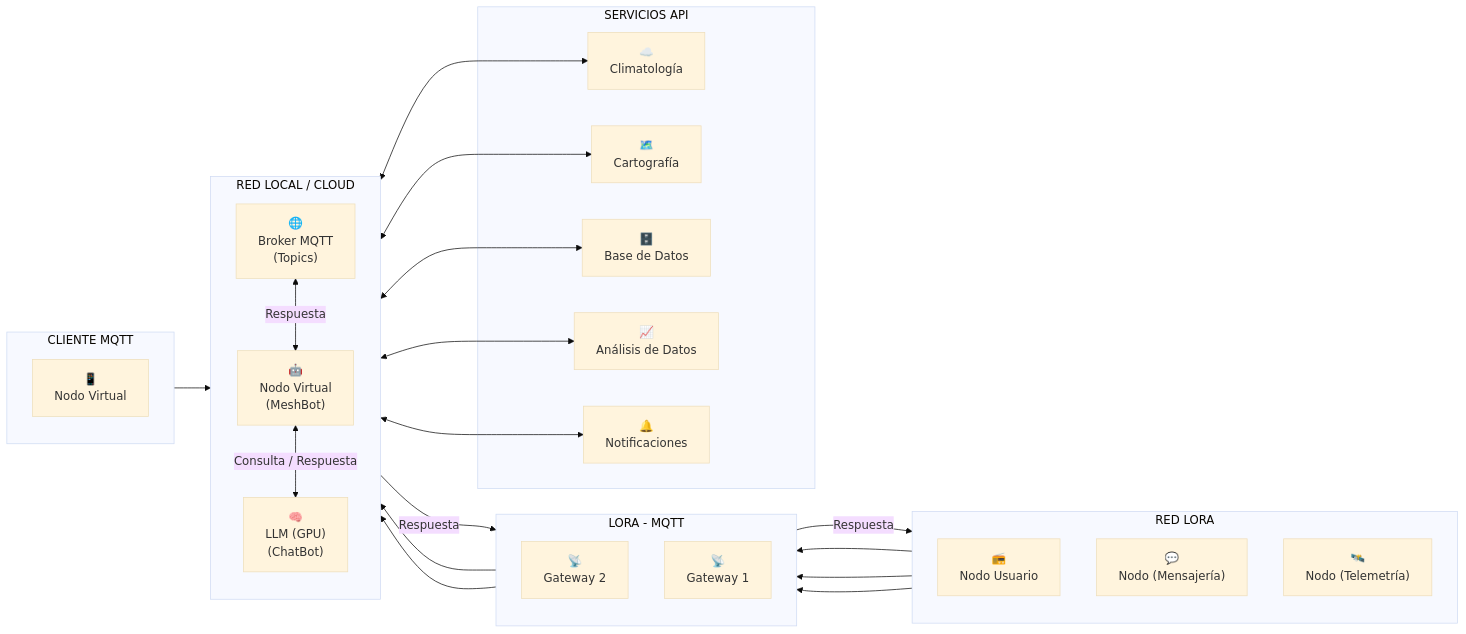
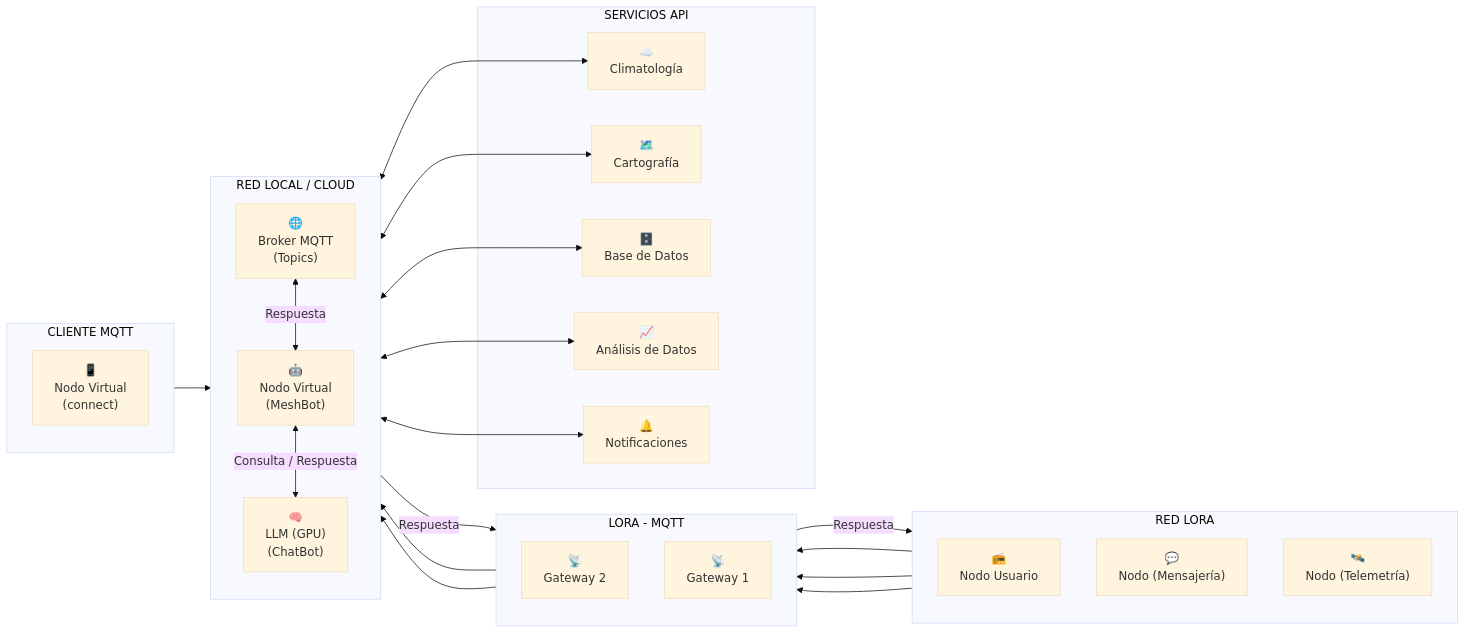
The diagram in README.md (lhupyn/meshbot), drawn with Mermaid (base theme) before and after one commit.

````diff
--- a/README.md
+++ b/README.md
@@ -5,55 +5,55 @@
 ```mermaid
 flowchart LR
     subgraph RED LORA
         direction TB
         RU["📻<br>Nodo Usuario"]
         RM["💬<br>Nodo (Mensajería)"]
         RT["🛰️<br>Nodo (Telemetría)"]
     end
 
     subgraph LORA - MQTT
         direction TB
         G2["📡<br>Gateway 2"]
         G1["📡<br>Gateway 1"]
     end
 
    subgraph CLIENTE MQTT
         direction TB
-        MO["📱<br>Nodo Virtual"]
+        MO["📱<br>Nodo Virtual<br>(connect)"]
     end
 
     subgraph RED LOCAL / CLOUD
         direction TB
         MB["🤖<br>Nodo Virtual<br>(MeshBot)"]
         M["🌐<br>Broker MQTT<br>(Topics)"]
         IA["🧠<br>LLM (GPU)<br>(ChatBot)"]
     end
 
     subgraph SERVICIOS API
         CLI["☁️<br>Climatología"]
         GEO["🗺️<br>Cartografía"]
         BD["🗄️<br>Base de Datos"]
         AD["📈<br>Análisis de Datos"]
         N["🔔<br>Notificaciones"]
     end
 
     %% Flujo de Entrada
     RM --> G2
     RT --> G2
     RU --> G1
     G1 --> M
     G2 --> M
     MO --> M
     %% Flujo Interno y Procesamiento
     M <-->|Respuesta| MB
     MB <-->|Consulta / Respuesta| IA
     %% Flujo Externo y Datos
     IA <--> CLI
     IA <--> GEO
     IA <--> BD
     IA <--> AD
     IA <--> N
     %% Flujo de Salida
     M -- "Respuesta" --> G1
     G1 -- "Respuesta" --> RU
 ```
````
